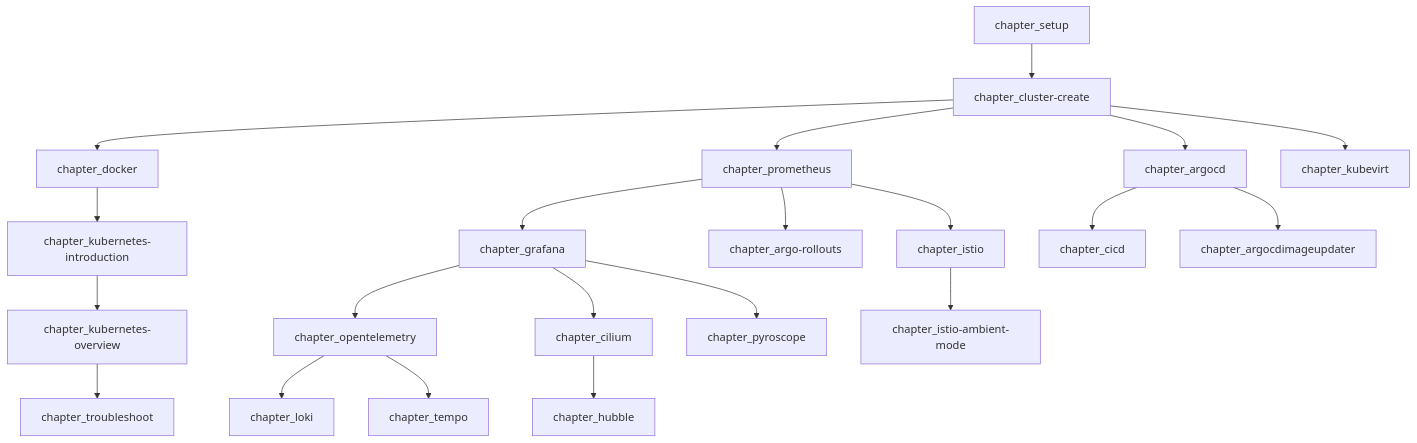
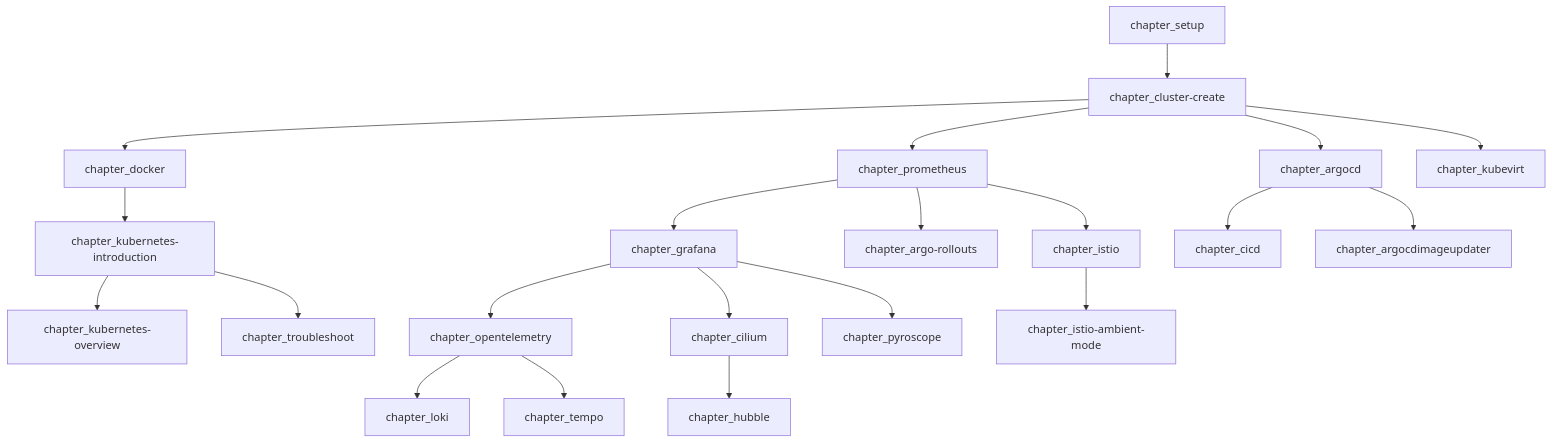
The diagram in README.md (cloudnativedaysjp/cnd-handson), drawn with Mermaid before and after one commit.

Commit message:
docs: clarify Kubernetes learning flow

````diff
--- a/README.md
+++ b/README.md
@@ -34,51 +34,51 @@
 ```mermaid
 flowchart TD
     setup[chapter_setup]
     cluster[chapter_cluster-create]
     docker[chapter_docker]
     k8sintro[chapter_kubernetes-introduction]
     k8soverview[chapter_kubernetes-overview]
     prom[chapter_prometheus]
     grafana[chapter_grafana]
     otel[chapter_opentelemetry]
     argocd[chapter_argocd]
     argocdimageupdater[chapter_argocdimageupdater]
     istio[chapter_istio]
     cilium[chapter_cilium]
     argorollouts[chapter_argo-rollouts]
     istioambient[chapter_istio-ambient-mode]
     hubble[chapter_hubble]
     loki[chapter_loki]
     tempo[chapter_tempo]
     pyroscope[chapter_pyroscope]
     cicd[chapter_cicd]
     troubleshoot[chapter_troubleshoot]
     kubevirt[chapter_kubevirt]
 
     setup-->cluster
     cluster-->docker
     docker-->k8sintro
     k8sintro-->k8soverview
-    k8soverview-->troubleshoot
+    k8sintro-->troubleshoot
     cluster-->prom
     cluster-->argocd
     cluster-->kubevirt
 
     prom-->grafana
     prom-->argorollouts
     prom-->istio
 
     grafana-->otel
     grafana-->cilium
     grafana-->pyroscope
 
     otel-->loki
     otel-->tempo
 
     cilium-->hubble
 
     istio-->istioambient
 
     argocd-->cicd
     argocd-->argocdimageupdater
 ```
````
